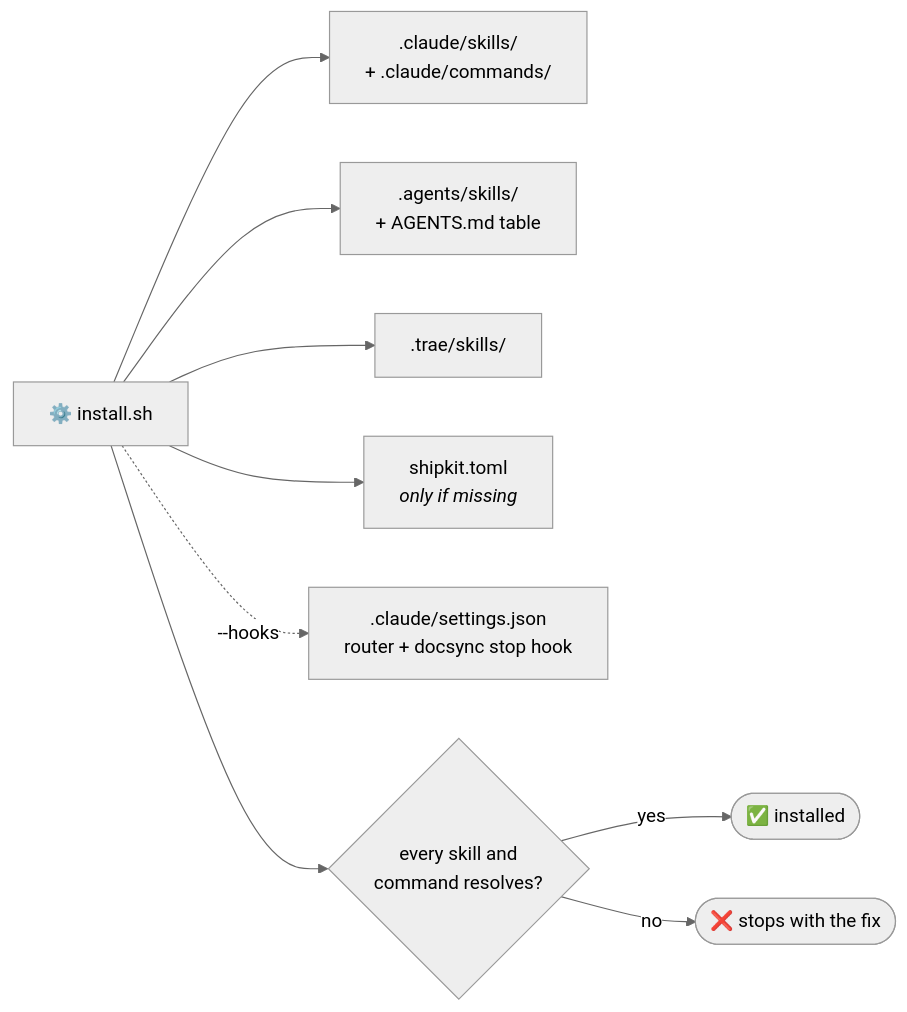
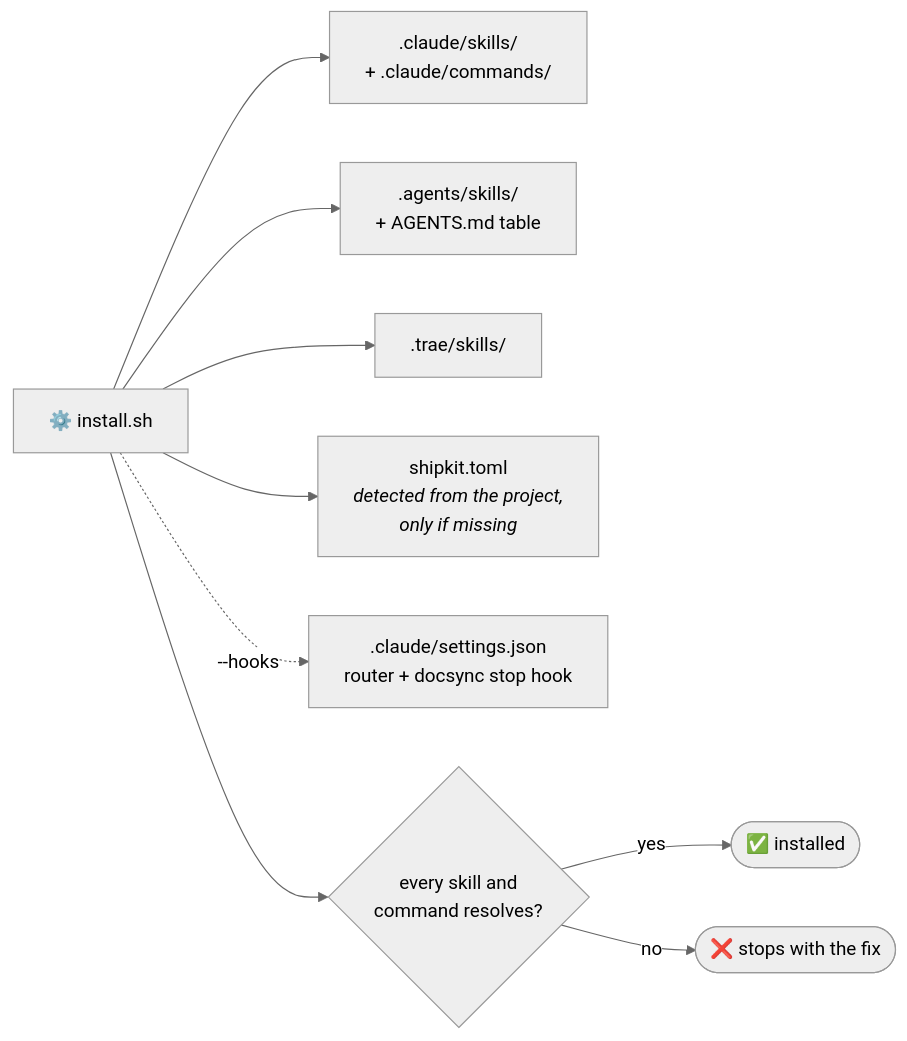
One commit to kshanxs/shipkit changed the sixth of 7 diagrams in README.md. Above: the diagram before and after it, drawn with Mermaid (neutral theme). The commit also changed other lines of this file and 34 other files, not shown here.

First line of the commit message:
feat: project profile, so skills run only what fits the project

````diff
--- a/README.md
+++ b/README.md
@@ -258,11 +262,11 @@
 ```mermaid
 flowchart LR
     inst["⚙️ install.sh"] --> claude[".claude/skills/<br/>+ .claude/commands/"]
     inst --> agents[".agents/skills/<br/>+ AGENTS.md table"]
     inst --> trae[".trae/skills/"]
-    inst --> toml["shipkit.toml<br/><i>only if missing</i>"]
+    inst --> toml["shipkit.toml<br/><i>detected from the project,<br/>only if missing</i>"]
     inst -. "--hooks" .-> settings[".claude/settings.json<br/>router + docsync stop hook"]
     inst --> check{"every skill and<br/>command resolves?"}
     check -- yes --> ok(["✅ installed"])
     check -- no --> fail(["❌ stops with the fix"])
 ```
````
